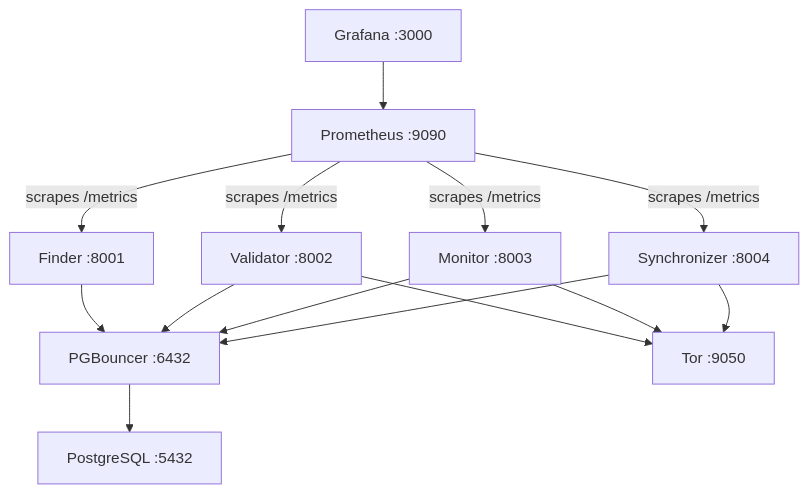
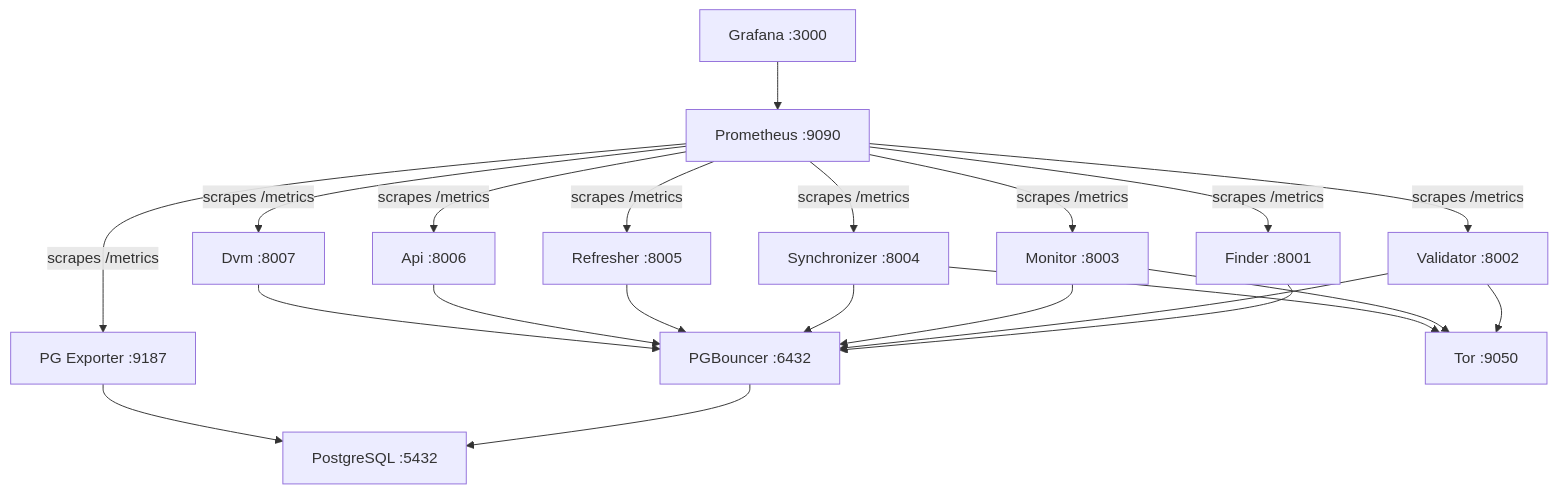
The diagram in docs/how-to/docker-deploy.md (BigBrotr/bigbrotr), drawn with Mermaid before and after one commit. The commit also changed other lines of this file and 11 other files, not shown here.

````diff
--- a/docs/how-to/docker-deploy.md
+++ b/docs/how-to/docker-deploy.md
@@ -78,16 +81,24 @@
 ```mermaid
 graph TD
     Grafana["Grafana :3000"] --> Prometheus["Prometheus :9090"]
     Prometheus -->|scrapes /metrics| Finder["Finder :8001"]
     Prometheus -->|scrapes /metrics| Validator["Validator :8002"]
     Prometheus -->|scrapes /metrics| Monitor["Monitor :8003"]
     Prometheus -->|scrapes /metrics| Synchronizer["Synchronizer :8004"]
+    Prometheus -->|scrapes /metrics| Refresher["Refresher :8005"]
+    Prometheus -->|scrapes /metrics| Api["Api :8006"]
+    Prometheus -->|scrapes /metrics| Dvm["Dvm :8007"]
+    Prometheus -->|scrapes /metrics| PGExporter["PG Exporter :9187"]
     Finder --> PGBouncer["PGBouncer :6432"]
     Validator --> PGBouncer
     Monitor --> PGBouncer
     Synchronizer --> PGBouncer
+    Refresher --> PGBouncer
+    Api --> PGBouncer
+    Dvm --> PGBouncer
     PGBouncer --> PostgreSQL["PostgreSQL :5432"]
+    PGExporter --> PostgreSQL
     Validator --> Tor["Tor :9050"]
     Monitor --> Tor
     Synchronizer --> Tor
 ```
````
